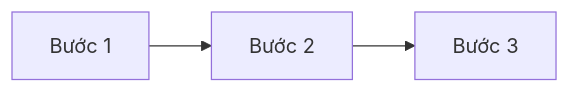
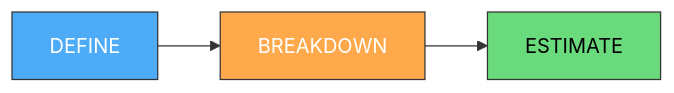
The diagram in 05-product-owner/po-milestone-create/milestone-create-process.md (Cyberk-Official/handbooks), drawn with Mermaid before and after one commit. The commit also changed other lines of this file and 40 other files, not shown here.

````diff
--- a/05-product-owner/po-milestone-create/milestone-create-process.md
+++ b/05-product-owner/po-milestone-create/milestone-create-process.md
@@ -28,5 +34,9 @@
 ```mermaid
 flowchart LR
-    A["Bước 1"] --> B["Bước 2"]
-    B --> C["Bước 3"]
+    A["DEFINE"] --> B["BREAKDOWN"]
+    B --> C["ESTIMATE"]
+
+    style A fill:#4dabf7,stroke:#333,color:#fff
+    style B fill:#ffa94d,stroke:#333,color:#fff
+    style C fill:#69db7c,stroke:#333,color:#000
 ```
````
